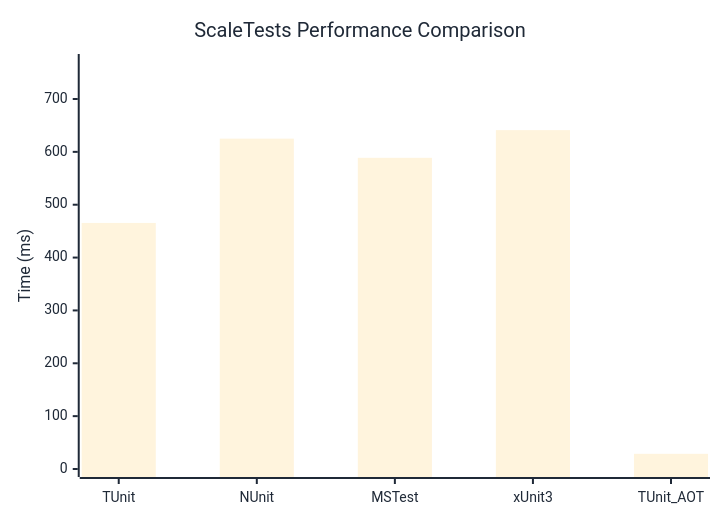
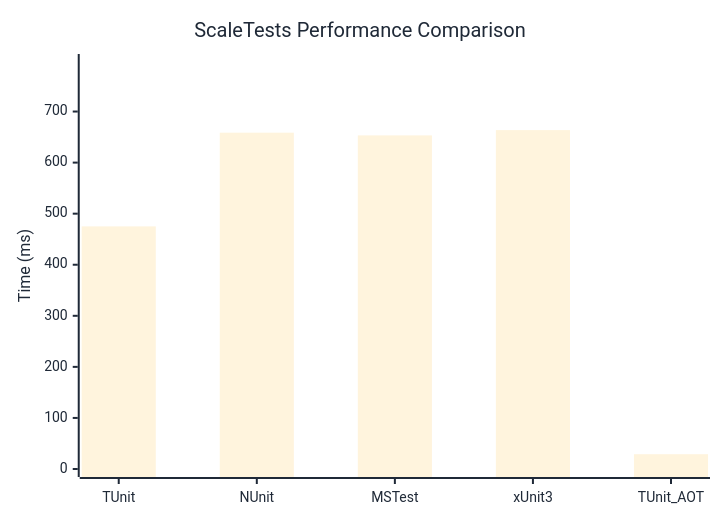
The diagram in docs/docs/benchmarks/ScaleTests.md (thomhurst/TUnit), drawn with Mermaid before and after one commit. The commit also changed other lines of this file and 17 other files, not shown here.

````diff
--- a/docs/docs/benchmarks/ScaleTests.md
+++ b/docs/docs/benchmarks/ScaleTests.md
@@ -27,37 +27,37 @@
 ```mermaid
 %%{init: {
   'theme':'base',
   'themeVariables': {
     'primaryColor': '#2563eb',
     'primaryTextColor': '#1f2937',
     'primaryBorderColor': '#1e40af',
     'lineColor': '#6b7280',
     'secondaryColor': '#7c3aed',
     'tertiaryColor': '#dc2626',
     'background': '#ffffff',
     'mainBkg': '#2563eb',
     'secondBkg': '#7c3aed',
     'tertiaryBkg': '#dc2626',
     'clusterBkg': '#f3f4f6',
     'edgeLabelBackground': '#ffffff',
     'tertiaryTextColor': '#1f2937',
     'pie1': '#2563eb',
     'pie2': '#7c3aed',
     'pie3': '#dc2626',
     'pie4': '#f59e0b',
     'pie5': '#10b981',
     'pie6': '#06b6d4',
     'pie7': '#ec4899',
     'pie8': '#6366f1',
     'pie9': '#84cc16',
     'pie10': '#f97316',
     'pie11': '#14b8a6',
     'pie12': '#a855f7'
   }
 }}%%
 xychart-beta
   title "ScaleTests Performance Comparison"
   x-axis ["TUnit", "NUnit", "MSTest", "xUnit3", "TUnit_AOT"]
-  y-axis "Time (ms)" 0 --> 770
-  bar [465.54, 625, 588.72, 641.11, 28.7]
+  y-axis "Time (ms)" 0 --> 797
+  bar [475.1, 658.6, 653.28, 663.62, 28.92]
 ```
````
